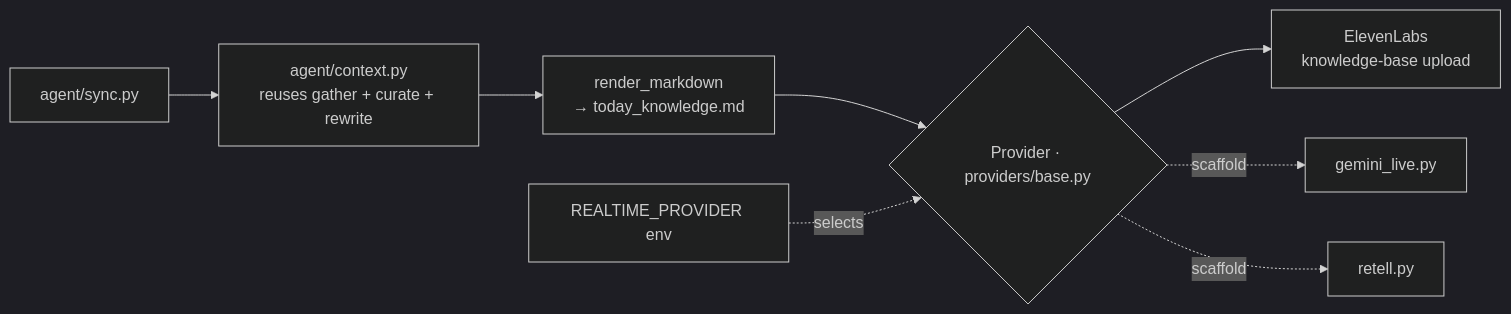
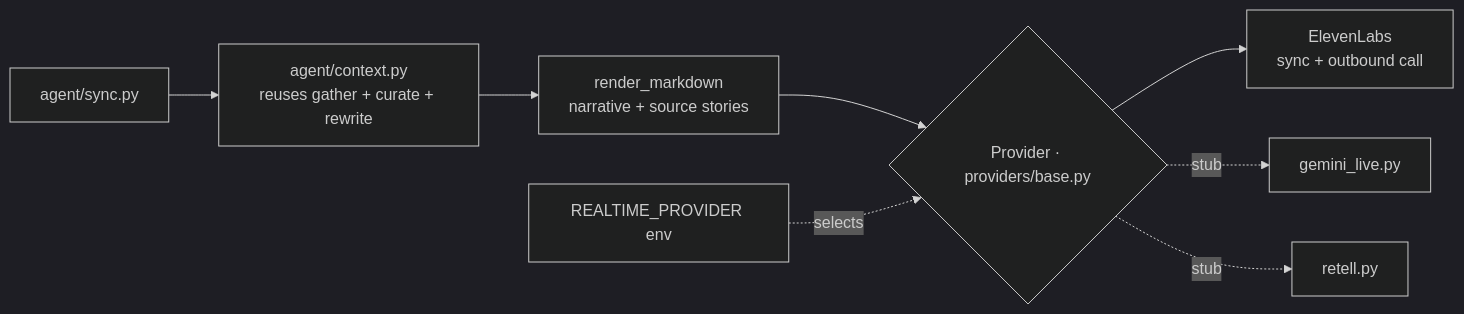
The second of 5 diagrams in ARCHITECTURE.md (vinaykumar2126/Daily-AI-News), drawn with Mermaid (dark theme) before and after one commit. The commit also changed other lines of this file, not shown here.

Commit message:
Update ARCHITECTURE.md: phone agent is the production path, sources, composer, trace tree

````diff
--- a/ARCHITECTURE.md
+++ b/ARCHITECTURE.md
@@ -51,10 +65,10 @@
 ```mermaid
 flowchart LR
     S[agent/sync.py] --> C[agent/context.py<br/>reuses gather + curate + rewrite]
-    C --> M[render_markdown<br/>→ today_knowledge.md]
+    C --> M[render_markdown<br/>narrative + source stories]
     M --> P{Provider · providers/base.py}
-    P --> E[ElevenLabs<br/>knowledge-base upload]
-    P -.scaffold.-> G[gemini_live.py]
-    P -.scaffold.-> R[retell.py]
+    P --> E[ElevenLabs<br/>sync + outbound call]
+    P -.stub.-> G[gemini_live.py]
+    P -.stub.-> R[retell.py]
     V[REALTIME_PROVIDER env] -.selects.-> P
 ```
````
